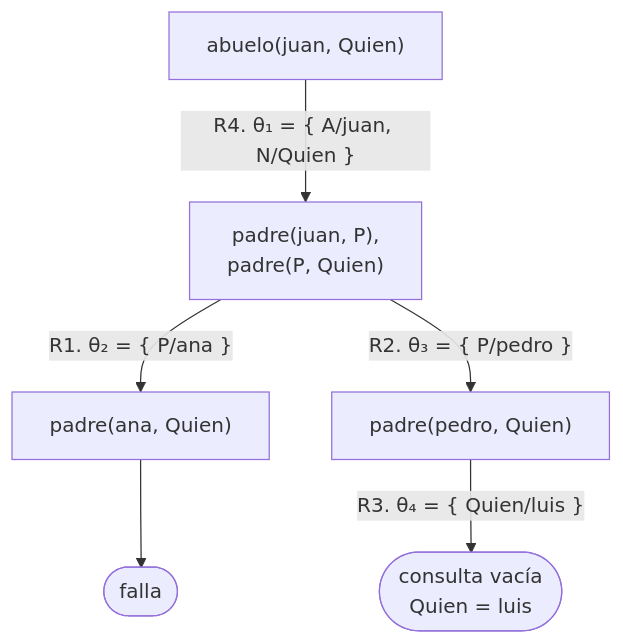
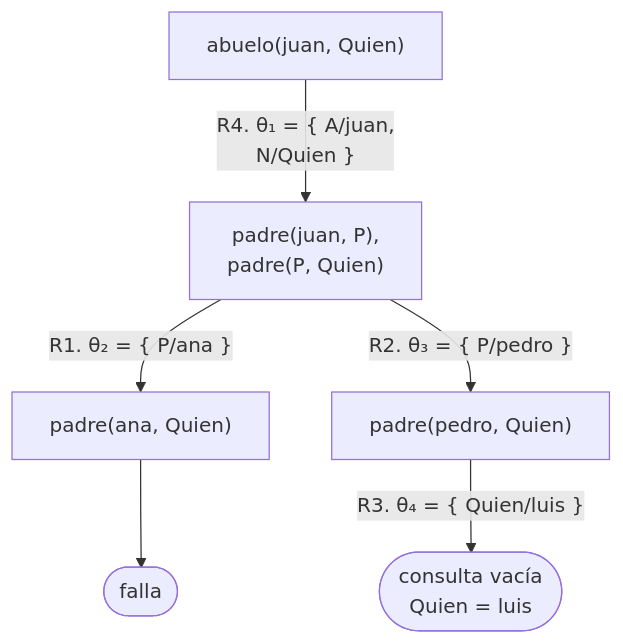
The first of 7 diagrams in docs/capitulo-05-como-responde-prolog/index.md (CesarBallardini/curso-de-prolog), drawn with Mermaid before and after one commit. The commit also changed other lines of this file and 24 other files, not shown here.

First line of the commit message:
feat(docs): botones para ocultar las columnas laterales y etiquetas cortas en los diagramas

````diff
--- a/docs/capitulo-05-como-responde-prolog/index.md
+++ b/docs/capitulo-05-como-responde-prolog/index.md
@@ -112,8 +112,8 @@
 ```mermaid
 flowchart TD
-    A["abuelo(juan, Quien)"] -- "R4. θ₁ = {&nbsp;A/juan, N/Quien&nbsp;}" --> B["padre(juan, P),<br/>padre(P, Quien)"]
+    A["abuelo(juan, Quien)"] -- "R4. θ₁ = {&nbsp;A/juan,<br/>N/Quien&nbsp;}" --> B["padre(juan, P),<br/>padre(P, Quien)"]
     B -- "R1. θ₂ = {&nbsp;P/ana&nbsp;}" --> C["padre(ana, Quien)"]
     B -- "R2. θ₃ = {&nbsp;P/pedro&nbsp;}" --> D["padre(pedro, Quien)"]
     C --> E(["falla"])
     D -- "R3. θ₄ = {&nbsp;Quien/luis&nbsp;}" --> F(["consulta vacía<br/>Quien = luis"])
 ```
````
